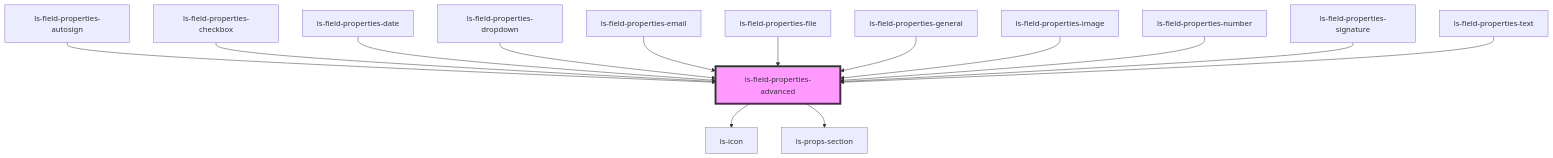
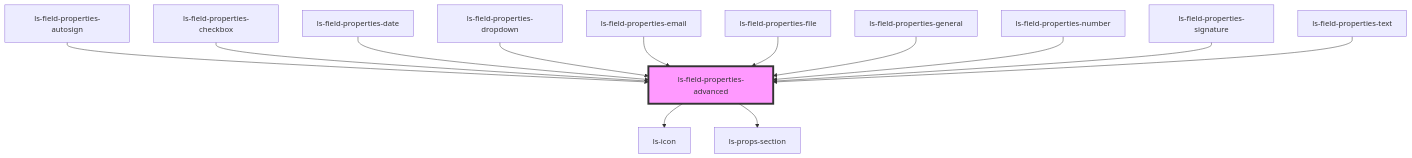
One commit to legalesign/ls-document-viewer changed the diagram in src/components/ls-field-properties-advanced/readme.md. Above: the diagram before and after it, drawn with Mermaid. The commit also changed other lines of this file and 30 other files, not shown here.

````diff
--- a/src/components/ls-field-properties-advanced/readme.md
+++ b/src/components/ls-field-properties-advanced/readme.md
@@ -46,17 +45,16 @@
 ```mermaid
 graph TD;
   ls-field-properties-advanced --> ls-icon
   ls-field-properties-advanced --> ls-props-section
   ls-field-properties-autosign --> ls-field-properties-advanced
   ls-field-properties-checkbox --> ls-field-properties-advanced
   ls-field-properties-date --> ls-field-properties-advanced
   ls-field-properties-dropdown --> ls-field-properties-advanced
   ls-field-properties-email --> ls-field-properties-advanced
   ls-field-properties-file --> ls-field-properties-advanced
   ls-field-properties-general --> ls-field-properties-advanced
-  ls-field-properties-image --> ls-field-properties-advanced
   ls-field-properties-number --> ls-field-properties-advanced
   ls-field-properties-signature --> ls-field-properties-advanced
   ls-field-properties-text --> ls-field-properties-advanced
   style ls-field-properties-advanced fill:#f9f,stroke:#333,stroke-width:4px
 ```
````
